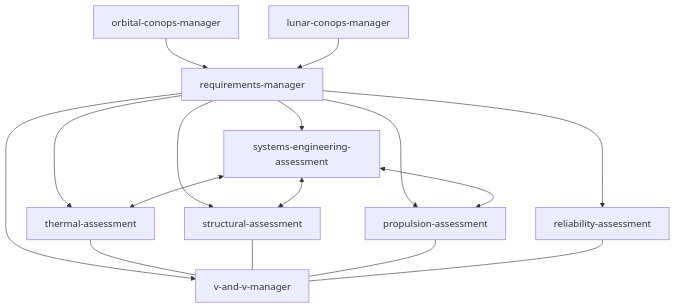
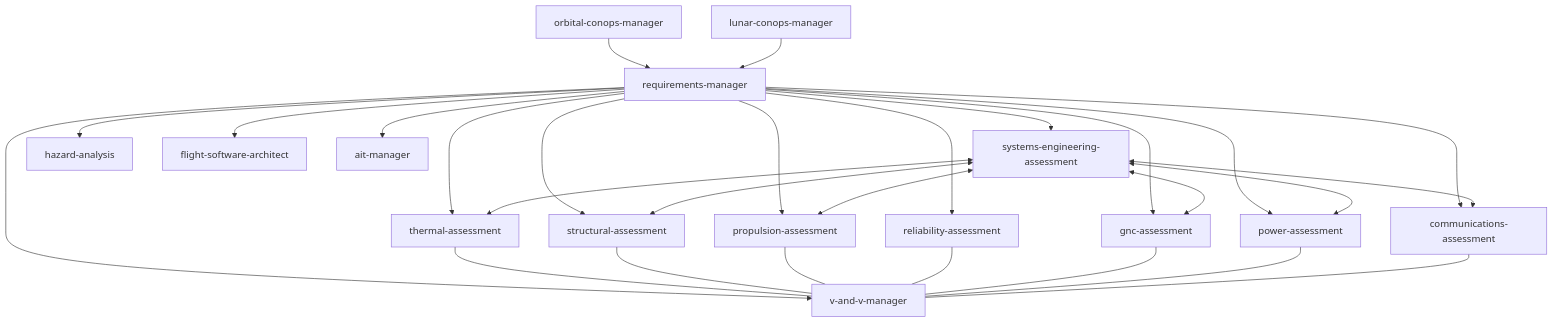
The diagram in README.md (LunCoSim/space-engineering-skills), drawn with Mermaid before and after one commit. The commit also changed other lines of this file and 8 other files, not shown here.

Commit message:
feat: Add hazard analysis skill and refactor EPS assessment by merging `eps-assessment` into an expanded `power-assessment` skill.

````diff
--- a/README.md
+++ b/README.md
@@ -15,21 +15,33 @@
 ```mermaid
 graph TD
     RM[requirements-manager] --> SE[systems-engineering-assessment]
     RM --> VV[v-and-v-manager]
     RM --> TA[thermal-assessment]
     RM --> SA[structural-assessment]
     RM --> PA[propulsion-assessment]
     RM --> RA[reliability-assessment]
+    RM --> HA[hazard-analysis]
+    RM --> GNC[gnc-assessment]
+    RM --> EPS[power-assessment]
+    RM --> COM[communications-assessment]
+    RM --> FSW[flight-software-architect]
+    RM --> AIT[ait-manager]
     
     SE <--> TA
     SE <--> SA
     SE <--> PA
+    SE <--> GNC
+    SE <--> EPS
+    SE <--> COM
     
     TA --- VV
     SA --- VV
     PA --- VV
     RA --- VV
+    GNC --- VV
+    EPS --- VV
+    COM --- VV
     
     OC[orbital-conops-manager] --> RM
     LC[lunar-conops-manager] --> RM
 ```
````
